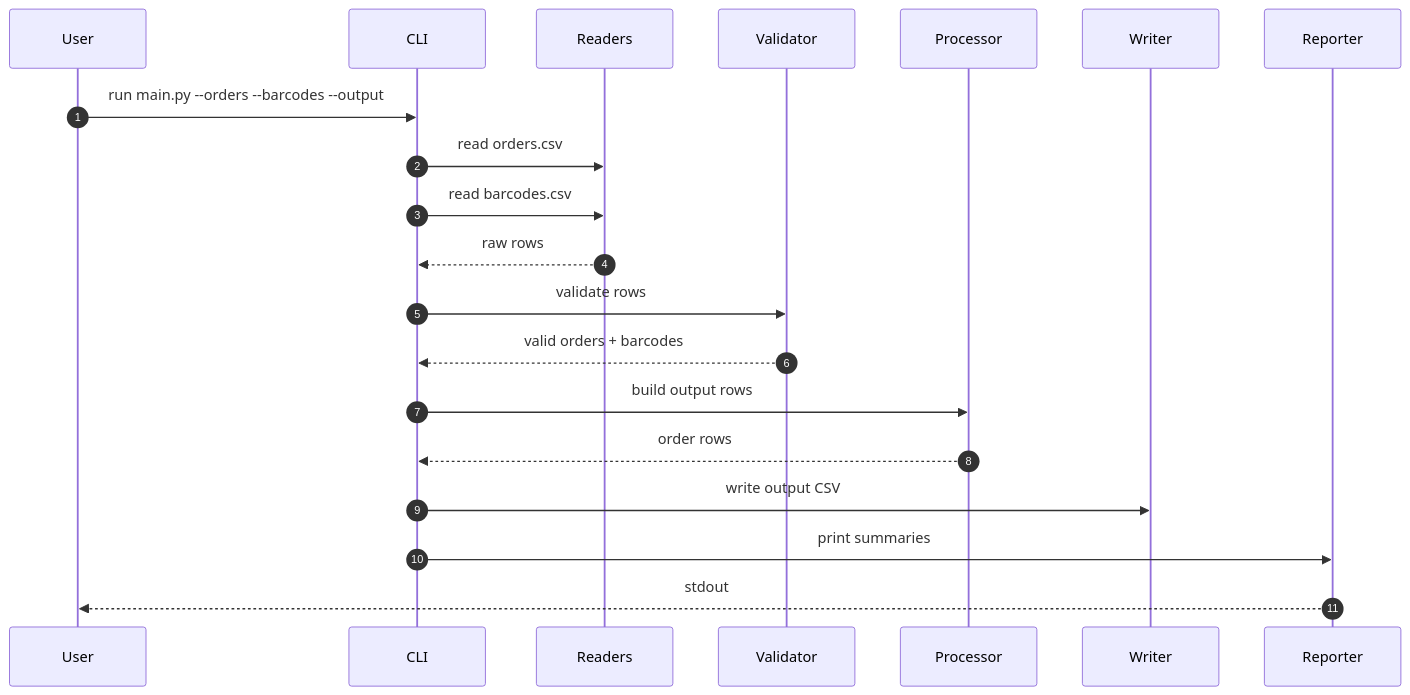
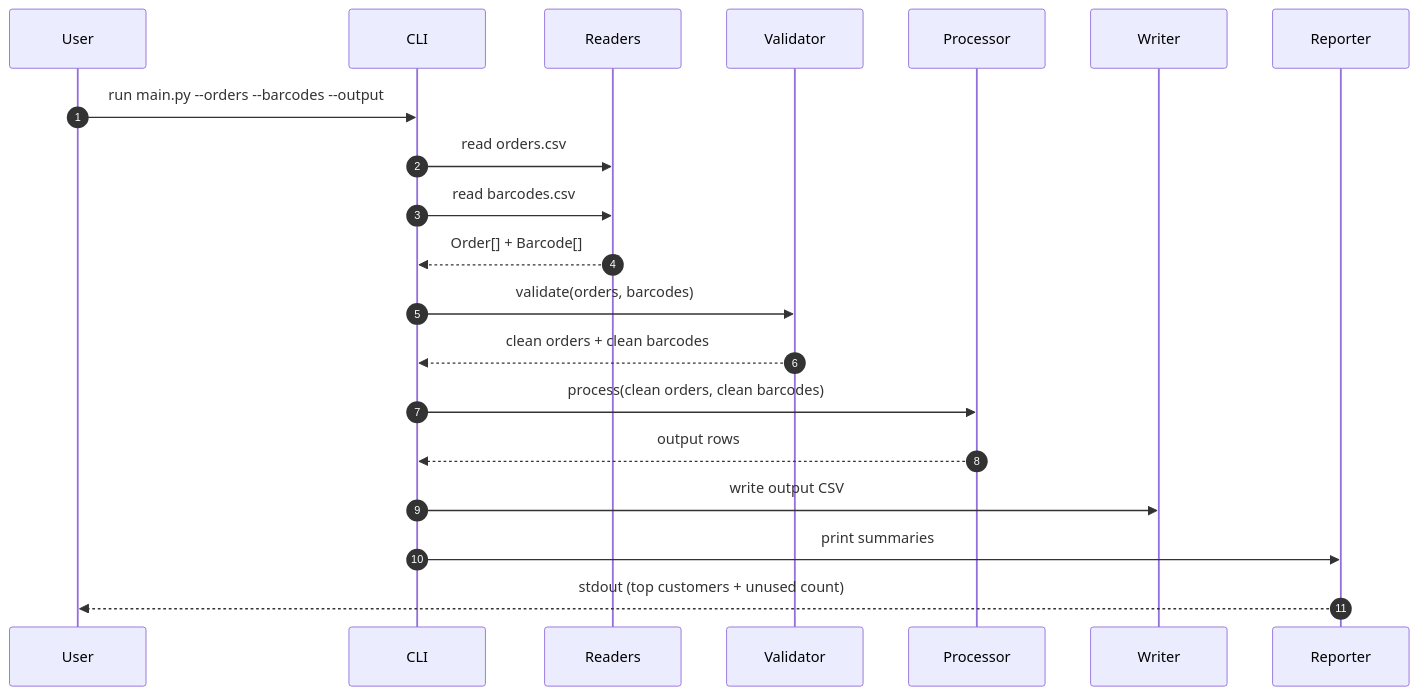
The first of 2 diagrams in docs/data-flow.md (burakcetindev/tiqets-backend-assignment), drawn with Mermaid before and after one commit. The commit also changed other lines of this file and 25 other files, not shown here.

````diff
--- a/docs/data-flow.md
+++ b/docs/data-flow.md
@@ -18,23 +21,23 @@
 ```mermaid
 sequenceDiagram
     autonumber
     participant U as User
     participant CLI as CLI
     participant R as Readers
     participant V as Validator
     participant P as Processor
     participant W as Writer
     participant Rep as Reporter
 
     U->>CLI: run main.py --orders --barcodes --output
     CLI->>R: read orders.csv
     CLI->>R: read barcodes.csv
-    R-->>CLI: raw rows
-    CLI->>V: validate rows
-    V-->>CLI: valid orders + barcodes
-    CLI->>P: build output rows
-    P-->>CLI: order rows
+    R-->>CLI: Order[] + Barcode[]
+    CLI->>V: validate(orders, barcodes)
+    V-->>CLI: clean orders + clean barcodes
+    CLI->>P: process(clean orders, clean barcodes)
+    P-->>CLI: output rows
     CLI->>W: write output CSV
     CLI->>Rep: print summaries
-    Rep-->>U: stdout
+    Rep-->>U: stdout (top customers + unused count)
 ```
````
